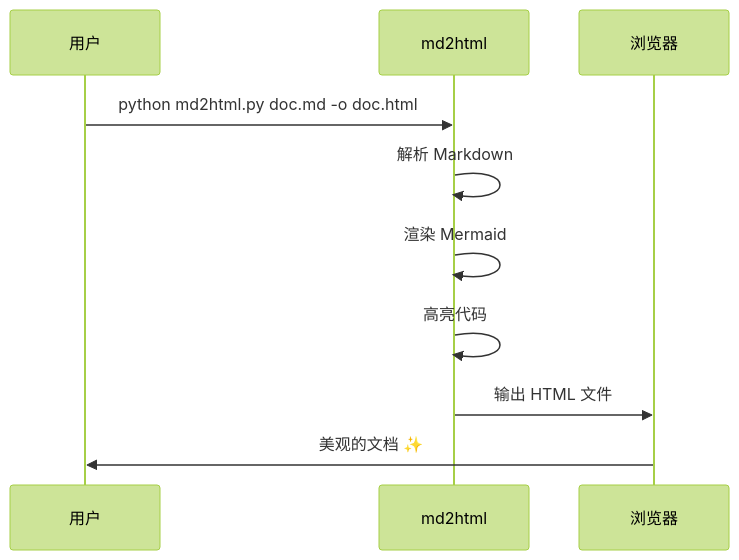
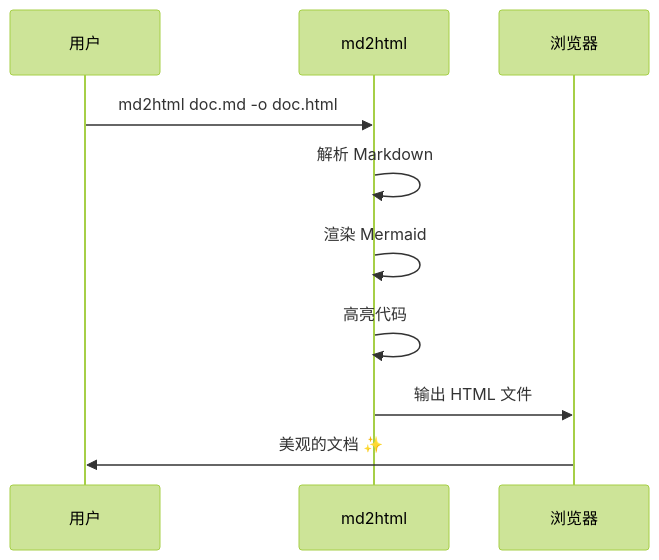
Before and after one commit to neobuilding/md2html: the second of 4 diagrams in examples/demo.md, drawn with Mermaid (forest theme). The commit also changed other lines of this file and 9 other files, not shown here.

````diff
--- a/examples/demo.md
+++ b/examples/demo.md
@@ -67,13 +67,13 @@
 ```mermaid
 sequenceDiagram
     participant U as 用户
     participant T as md2html
     participant B as 浏览器
 
-    U->>T: python md2html.py doc.md -o doc.html
+    U->>T: md2html doc.md -o doc.html
     T->>T: 解析 Markdown
     T->>T: 渲染 Mermaid
     T->>T: 高亮代码
     T->>B: 输出 HTML 文件
     B->>U: 美观的文档 ✨
 ```
````
